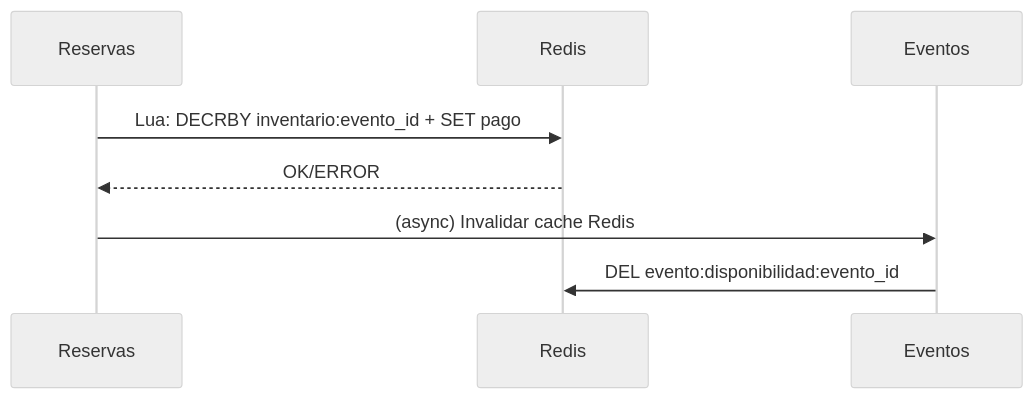
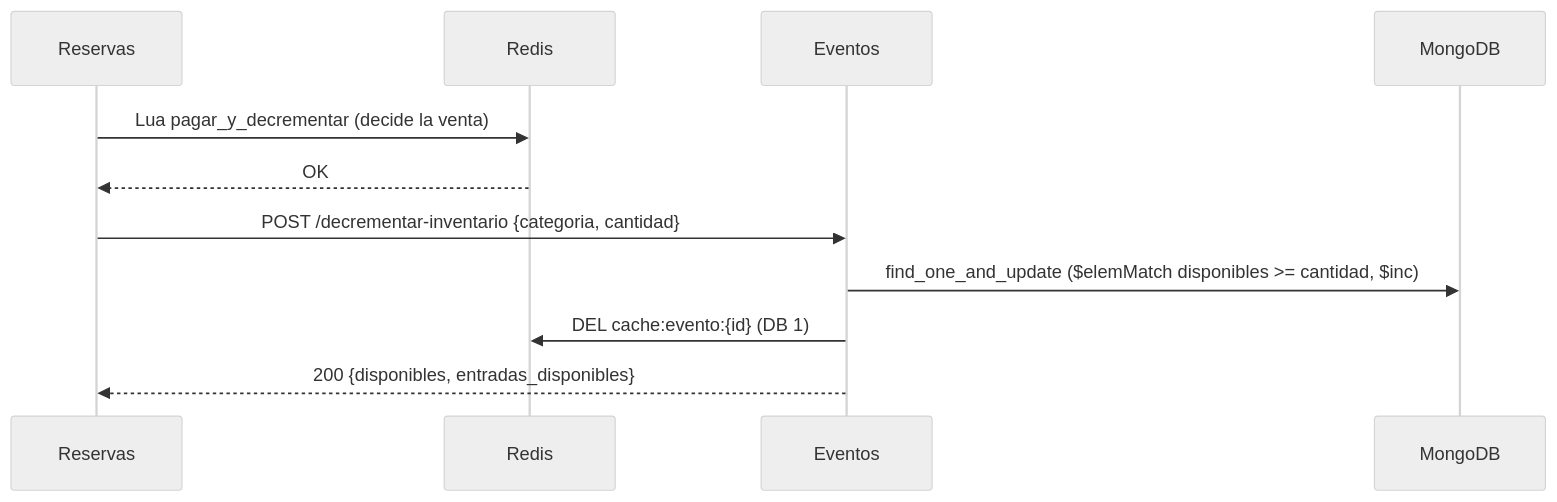
Before and after one commit to fmq203/FQ-NoSQL-2026: the diagram in TAREA 2/brain/microservices/eventos.md, drawn with Mermaid (neutral theme). The commit also changed other lines of this file and 34 other files, not shown here.

````diff
--- a/TAREA 2/brain/microservices/eventos.md
+++ b/TAREA 2/brain/microservices/eventos.md
@@ -185,7 +112,13 @@
 ```mermaid
 sequenceDiagram
-    Reservas->>Redis: Lua: DECRBY inventario:evento_id + SET pago
-    Redis-->>Reservas: OK/ERROR
-    Reservas->>Eventos: (async) Invalidar cache Redis
-    Eventos->>Redis: DEL evento:disponibilidad:evento_id
+    participant R as Reservas
+    participant Redis
+    participant E as Eventos
+    participant M as MongoDB
+    R->>Redis: Lua pagar_y_decrementar (decide la venta)
+    Redis-->>R: OK
+    R->>E: POST /decrementar-inventario {categoria, cantidad}
+    E->>M: find_one_and_update ($elemMatch disponibles >= cantidad, $inc)
+    E->>Redis: DEL cache:evento:{id} (DB 1)
+    E-->>R: 200 {disponibles, entradas_disponibles}
 ```
````
